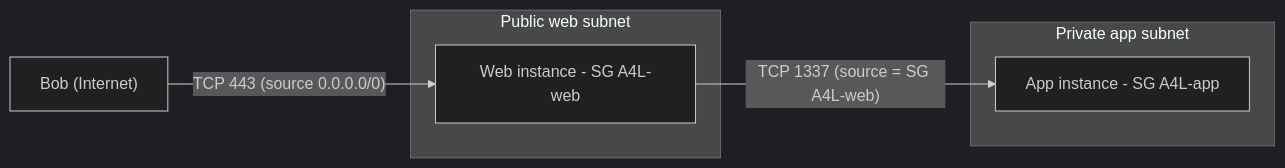
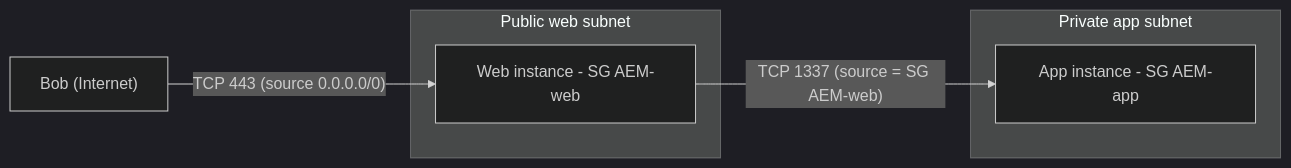
One commit to hairbui76/aws-saa-c03 changed the diagram in data/06 VPC Basics/Security Groups.md. Above: the diagram before and after it, drawn with Mermaid (dark theme). The commit also changed other lines of this file and 30 other files, not shown here.

````diff
--- a/data/06 VPC Basics/Security Groups.md
+++ b/data/06 VPC Basics/Security Groups.md
@@ -38,11 +43,11 @@
 ```mermaid
 flowchart LR
   Bob["Bob (Internet)"] -- "TCP 443 (source 0.0.0.0/0)" --> WEB
   subgraph PUB["Public web subnet"]
-    WEB["Web instance - SG A4L-web"]
+    WEB["Web instance - SG AEM-web"]
   end
   subgraph PRIV["Private app subnet"]
-    APP["App instance - SG A4L-app"]
+    APP["App instance - SG AEM-app"]
   end
-  WEB -- "TCP 1337 (source = SG A4L-web)" --> APP
+  WEB -- "TCP 1337 (source = SG AEM-web)" --> APP
 ```
````
